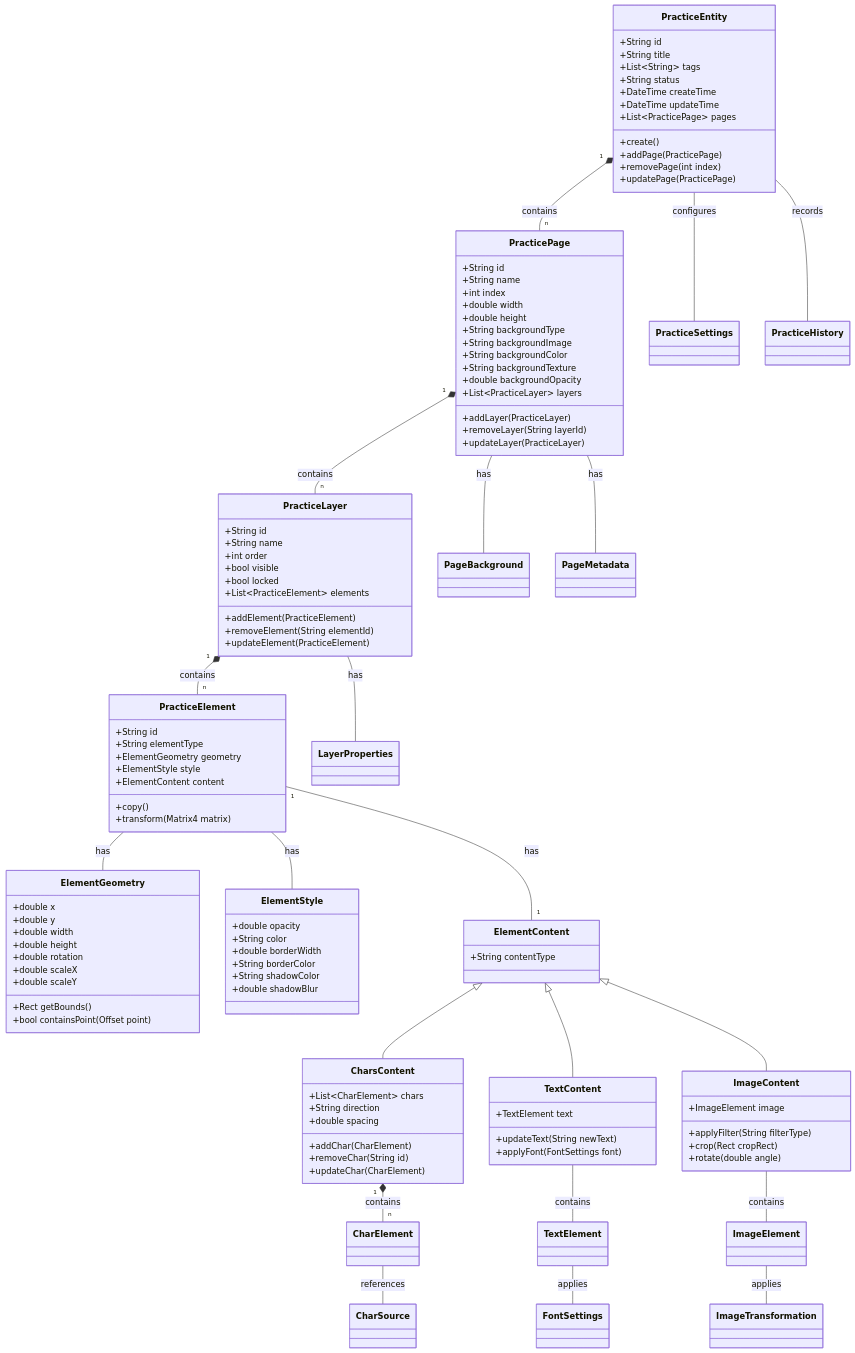
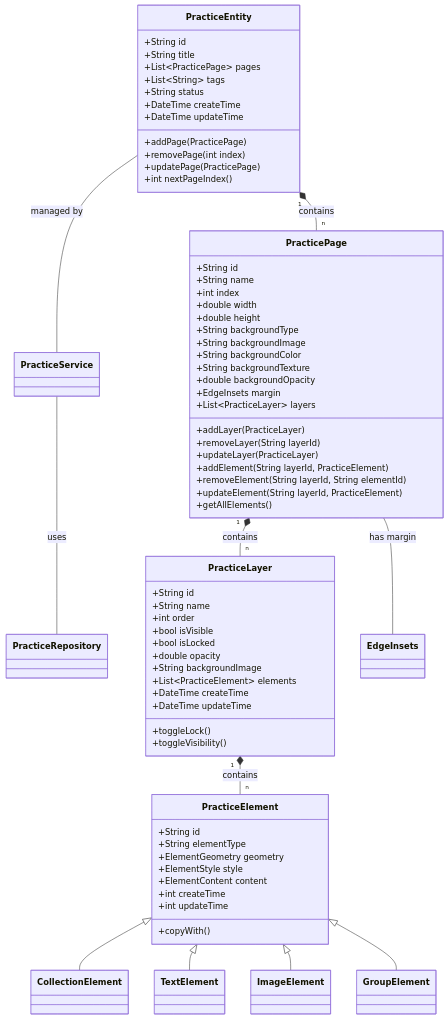
Before and after one commit to 5433210/FlutterDemo: the first of 6 diagrams in docs/字帖编辑功能设计.md, drawn with Mermaid. The commit also changed other lines of this file and 27 other files, not shown here.

Commit message:
Remove unused model files for ElementStyle, ImageElement, and TextElement, including their generated code. This cleanup helps streamline the codebase by eliminating unnecessary files and dependencies.

````diff
--- a/docs/字帖编辑功能设计.md
+++ b/docs/字帖编辑功能设计.md
@@ -378,44 +378,31 @@
 ```mermaid
 classDiagram
     PracticeEntity "1" *-- "n" PracticePage : contains
-    PracticeEntity -- PracticeSettings : configures
-    PracticeEntity -- PracticeHistory : records
+    PracticeEntity -- PracticeService : managed by
+    PracticeService -- PracticeRepository : uses
 
     PracticePage "1" *-- "n" PracticeLayer : contains
-    PracticePage -- PageBackground : has
-    PracticePage -- PageMetadata : has
+    PracticePage -- EdgeInsets : has margin
 
     PracticeLayer "1" *-- "n" PracticeElement : contains
-    PracticeLayer -- LayerProperties : has
-
-    PracticeElement -- ElementGeometry : has
-    PracticeElement -- ElementStyle : has
-    PracticeElement "1" -- "1" ElementContent : has
-
-    ElementContent <|-- CharsContent
-    ElementContent <|-- TextContent
-    ElementContent <|-- ImageContent
-
-    CharsContent "1" *-- "n" CharElement : contains
-    TextContent -- TextElement : contains
-    ImageContent -- ImageElement : contains
-
-    CharElement -- CharSource : references
-    TextElement -- FontSettings : applies
-    ImageElement -- ImageTransformation : applies
-
+    
+    PracticeElement <|-- CollectionElement
+    PracticeElement <|-- TextElement
+    PracticeElement <|-- ImageElement
+    PracticeElement <|-- GroupElement
+       
     class PracticeEntity {
         +String id
         +String title
+        +List~PracticePage~ pages
         +List~String~ tags
         +String status
         +DateTime createTime
         +DateTime updateTime
-        +List~PracticePage~ pages
-        +create()
         +addPage(PracticePage)
         +removePage(int index)
         +updatePage(PracticePage)
+        +int nextPageIndex()
     }
 
     class PracticePage {
@@ -429,22 +416,30 @@
         +String backgroundColor
         +String backgroundTexture
         +double backgroundOpacity
+        +EdgeInsets margin
         +List~PracticeLayer~ layers
         +addLayer(PracticeLayer)
         +removeLayer(String layerId)
         +updateLayer(PracticeLayer)
+        +addElement(String layerId, PracticeElement)
+        +removeElement(String layerId, String elementId)
+        +updateElement(String layerId, PracticeElement)
+        +getAllElements()
     }
 
     class PracticeLayer {
         +String id
         +String name
         +int order
-        +bool visible
-        +bool locked
+        +bool isVisible
+        +bool isLocked
+        +double opacity
+        +String backgroundImage
         +List~PracticeElement~ elements
-        +addElement(PracticeElement)
-        +removeElement(String elementId)
-        +updateElement(PracticeElement)
+        +DateTime createTime
+        +DateTime updateTime
+        +toggleLock()
+        +toggleVisibility()
     }
 
     class PracticeElement {
@@ -453,54 +448,9 @@
         +ElementGeometry geometry
         +ElementStyle style
         +ElementContent content
-        +copy()
-        +transform(Matrix4 matrix)
+        +int createTime
+        +int updateTime
+        +copyWith()
     }
 
-    class ElementGeometry {
-        +double x
-        +double y
-        +double width
-        +double height
-        +double rotation
-        +double scaleX
-        +double scaleY
-        +Rect getBounds()
-        +bool containsPoint(Offset point)
-    }
-
-    class ElementStyle {
-        +double opacity
-        +String color
-        +double borderWidth
-        +String borderColor
-        +String shadowColor
-        +double shadowBlur
-    }
-
-    class ElementContent {
-        +String contentType
-    }
-
-    class CharsContent {
-        +List~CharElement~ chars
-        +String direction
-        +double spacing
-        +addChar(CharElement)
-        +removeChar(String id)
-        +updateChar(CharElement)
-    }
-
-    class TextContent {
-        +TextElement text
-        +updateText(String newText)
-        +applyFont(FontSettings font)
-    }
-
-    class ImageContent {
-        +ImageElement image
-        +applyFilter(String filterType)
-        +crop(Rect cropRect)
-        +rotate(double angle)
-    }
 ```
````
